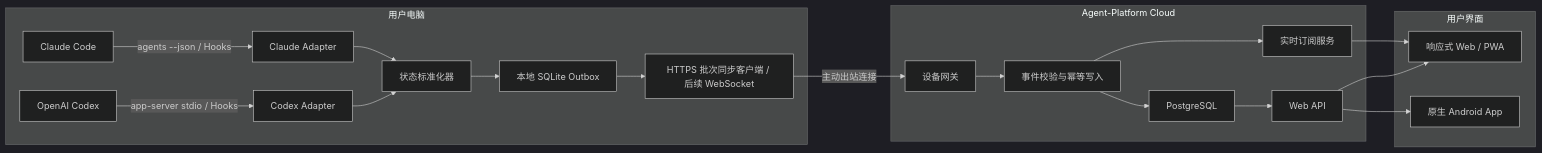
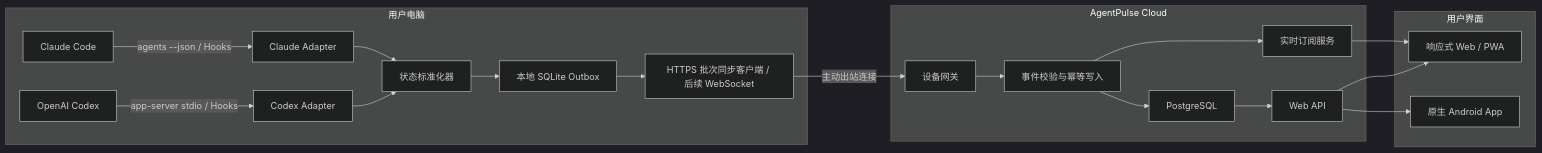
One commit to xiaoran7/agenthub changed the diagram in docs/ARCHITECTURE.md. Above: the diagram before and after it, drawn with Mermaid (dark theme). The commit also changed other lines of this file and 81 other files, not shown here.

````diff
--- a/docs/ARCHITECTURE.md
+++ b/docs/ARCHITECTURE.md
@@ -23,41 +24,41 @@
 ```mermaid
 flowchart LR
     subgraph Device["用户电脑"]
         Claude["Claude Code"]
         Codex["OpenAI Codex"]
         CA["Claude Adapter"]
         OA["Codex Adapter"]
         N["状态标准化器"]
         DB["本地 SQLite Outbox"]
         Sync["HTTPS 批次同步客户端 / 后续 WebSocket"]
 
         Claude -->|"agents --json / Hooks"| CA
         Codex -->|"app-server stdio / Hooks"| OA
         CA --> N
         OA --> N
         N --> DB
         DB --> Sync
     end
 
-    subgraph Cloud["Agent-Platform Cloud"]
+    subgraph Cloud["AgentPulse Cloud"]
         GW["设备网关"]
         Ingest["事件校验与幂等写入"]
         PG["PostgreSQL"]
         RT["实时订阅服务"]
         API["Web API"]
     end
 
     subgraph Client["用户界面"]
         Web["响应式 Web / PWA"]
         Android["原生 Android App"]
     end
 
     Sync -->|"主动出站连接"| GW
     GW --> Ingest
     Ingest --> PG
     Ingest --> RT
     PG --> API
     RT --> Web
     API --> Web
     API --> Android
 ```
````
